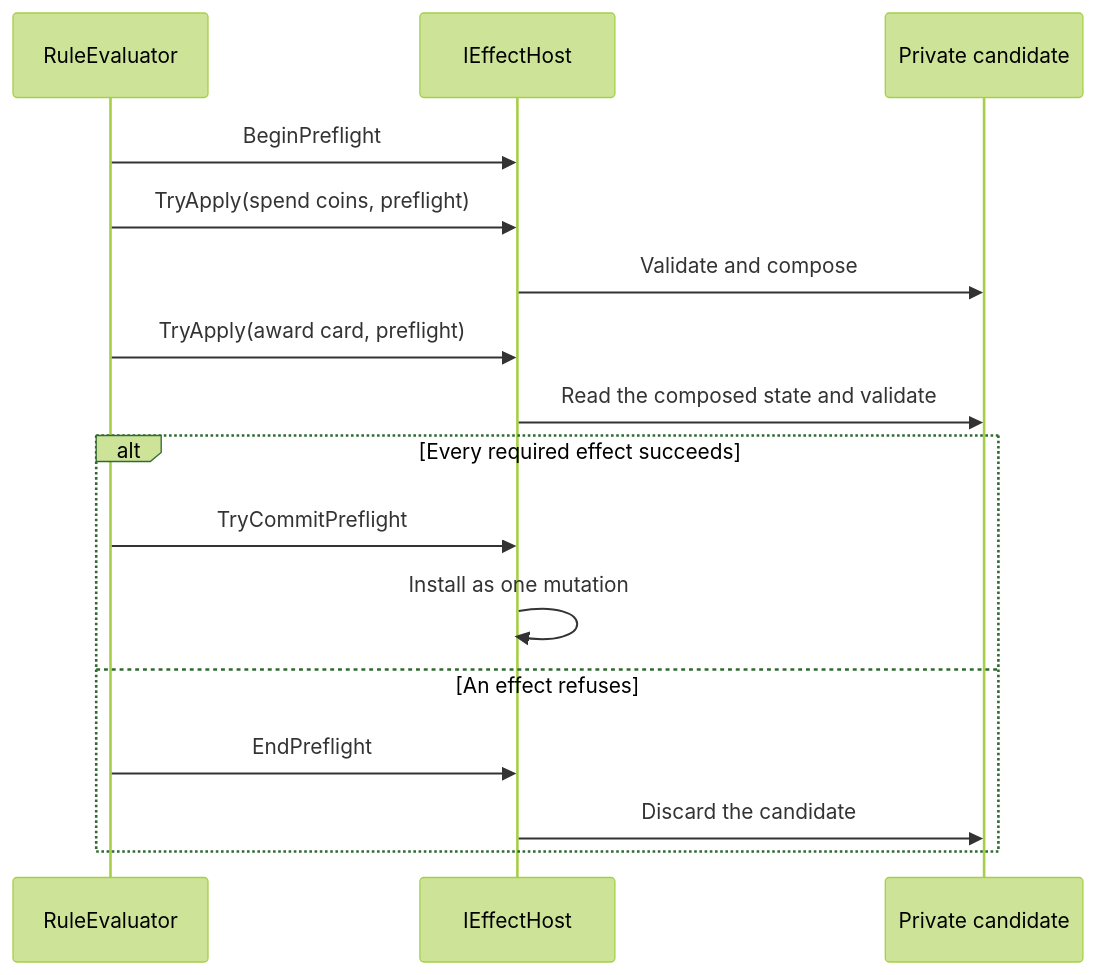
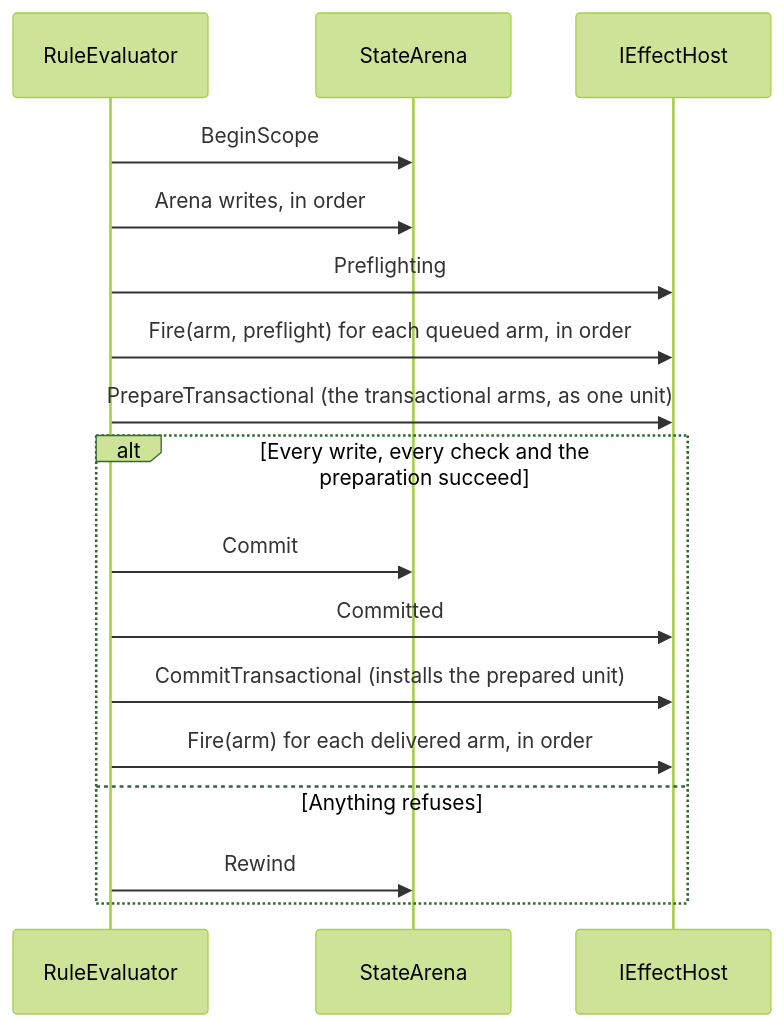
One commit to ByteTerrace/Puck changed the second of 2 diagrams in docs/reference/state/rules.md. Above: the diagram before and after it, drawn with Mermaid (forest theme). The commit also changed other lines of this file and 990 other files, not shown here.

````diff
--- a/docs/reference/state/rules.md
+++ b/docs/reference/state/rules.md
@@ -78,18 +138,19 @@
 ```mermaid
 sequenceDiagram
     participant E as RuleEvaluator
+    participant A as StateArena
     participant H as IEffectHost
-    participant C as Private candidate
-    E->>H: BeginPreflight
-    E->>H: TryApply(spend coins, preflight)
-    H->>C: Validate and compose
-    E->>H: TryApply(award card, preflight)
-    H->>C: Read the composed state and validate
-    alt Every required effect succeeds
-        E->>H: TryCommitPreflight
-        H->>H: Install as one mutation
-    else An effect refuses
-        E->>H: EndPreflight
-        H->>C: Discard the candidate
+    E->>A: BeginScope
+    E->>A: Arena writes, in order
+    E->>H: Preflighting
+    E->>H: Fire(arm, preflight) for each queued arm, in order
+    E->>H: PrepareTransactional (the transactional arms, as one unit)
+    alt Every write, every check and the preparation succeed
+        E->>A: Commit
+        E->>H: Committed
+        E->>H: CommitTransactional (installs the prepared unit)
+        E->>H: Fire(arm) for each delivered arm, in order
+    else Anything refuses
+        E->>A: Rewind
     end
 ```
````
